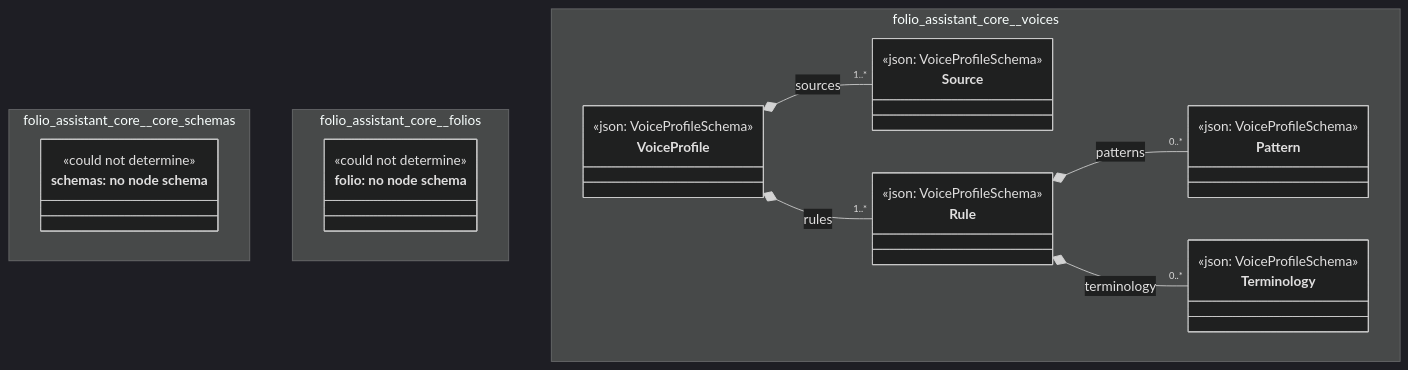
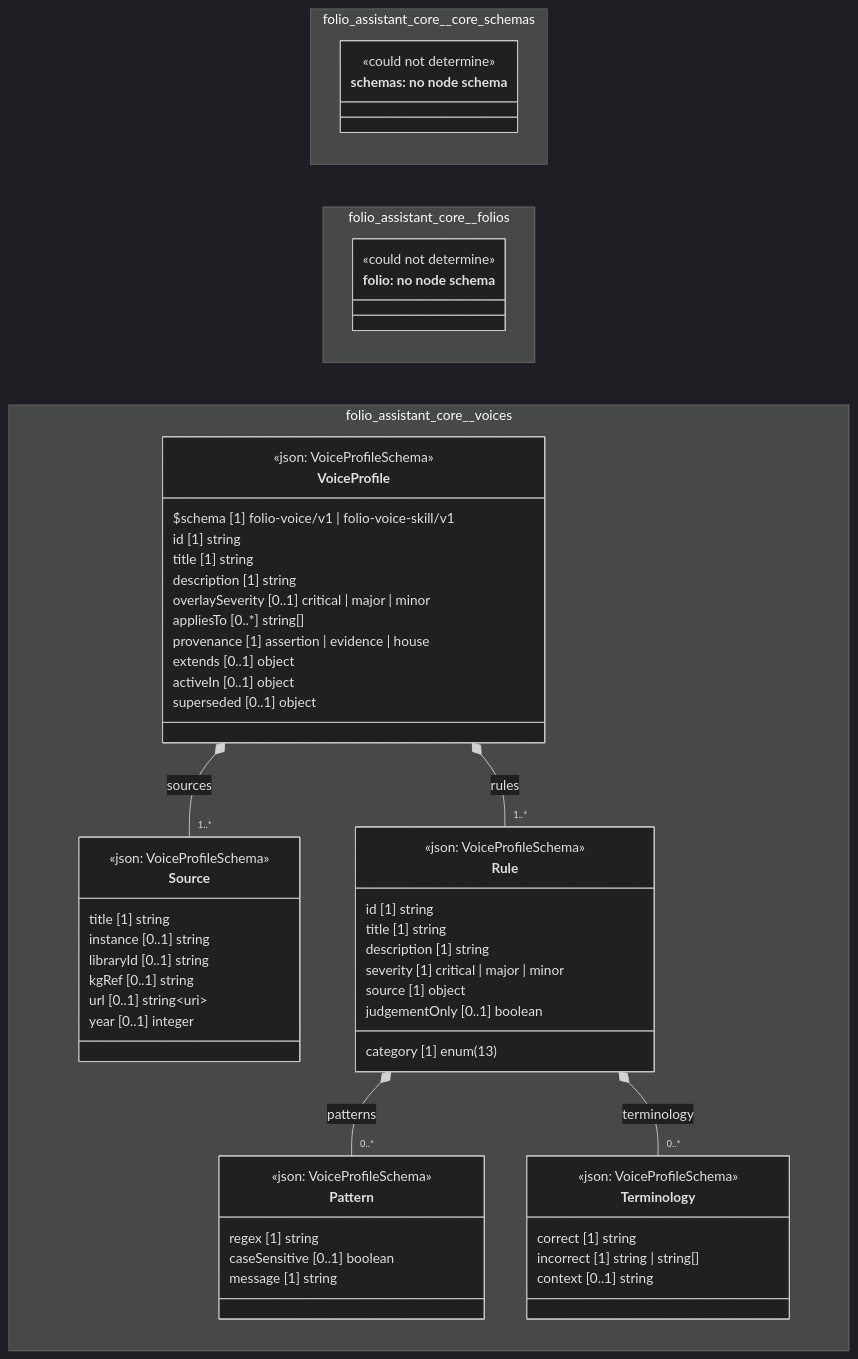
Before and after one commit to litlfred/folio-assistant: the diagram in cat-harness/docs/uml/overview/folio-assistant-core.md, drawn with Mermaid (dark theme). The commit also changed 92 other files, not shown here.

First line of the commit message:
uml: data fields and a vertical stack on the overview; PlantUML coloured from uml.css

````diff
--- a/cat-harness/docs/uml/overview/folio-assistant-core.md
+++ b/cat-harness/docs/uml/overview/folio-assistant-core.md
@@ -12,44 +12,73 @@
 ```mermaid
 classDiagram
-  direction TB
+  direction LR
   namespace folio_assistant_core__core_schemas {
     class n_folio_assistant_core_core_schemas_schemas["schemas: no node schema"] {
       <<could not determine>>
     }
   }
   namespace folio_assistant_core__folios {
     class n_folio_assistant_core_folios_folio["folio: no node schema"] {
       <<could not determine>>
     }
   }
   namespace folio_assistant_core__voices {
     class folio_assistant_core_voices_Source["Source"] {
       <<json: VoiceProfileSchema>>
+      title [1] string
+      instance [0..1] string
+      libraryId [0..1] string
+      kgRef [0..1] string
+      url [0..1] string~uri~
+      year [0..1] integer
     }
     class folio_assistant_core_voices_Pattern["Pattern"] {
       <<json: VoiceProfileSchema>>
+      regex [1] string
+      caseSensitive [0..1] boolean
+      message [1] string
     }
     class folio_assistant_core_voices_Terminology["Terminology"] {
       <<json: VoiceProfileSchema>>
+      correct [1] string
+      incorrect [1] string | string[]
+      context [0..1] string
     }
     class folio_assistant_core_voices_Rule["Rule"] {
       <<json: VoiceProfileSchema>>
+      id [1] string
+      title [1] string
+      description [1] string
+      category [1] enum(13)
+      severity [1] critical | major | minor
+      source [1] object
+      judgementOnly [0..1] boolean
     }
     class folio_assistant_core_voices_VoiceProfile["VoiceProfile"] {
       <<json: VoiceProfileSchema>>
+      $schema [1] folio-voice/v1 | folio-voice-skill/v1
+      id [1] string
+      title [1] string
+      description [1] string
+      overlaySeverity [0..1] critical | major | minor
+      appliesTo [0..*] string[]
+      provenance [1] assertion | evidence | house
+      extends [0..1] object
+      activeIn [0..1] object
+      superseded [0..1] object
     }
   }
   cssClass "n_folio_assistant_core_core_schemas_schemas" fa_uml_kind_schemas
   cssClass "n_folio_assistant_core_core_schemas_schemas" fa_uml_undetermined
   cssClass "n_folio_assistant_core_folios_folio" fa_uml_kind_folio
   cssClass "n_folio_assistant_core_folios_folio" fa_uml_undetermined
   folio_assistant_core_voices_VoiceProfile *-- "1..*" folio_assistant_core_voices_Source : sources
   folio_assistant_core_voices_Rule *-- "0..*" folio_assistant_core_voices_Pattern : patterns
   folio_assistant_core_voices_Rule *-- "0..*" folio_assistant_core_voices_Terminology : terminology
   folio_assistant_core_voices_VoiceProfile *-- "1..*" folio_assistant_core_voices_Rule : rules
   cssClass "folio_assistant_core_voices_Source" fa_uml_kind_voices
   cssClass "folio_assistant_core_voices_Pattern" fa_uml_kind_voices
   cssClass "folio_assistant_core_voices_Terminology" fa_uml_kind_voices
   cssClass "folio_assistant_core_voices_Rule" fa_uml_kind_voices
   cssClass "folio_assistant_core_voices_VoiceProfile" fa_uml_kind_voices
 ```
````
